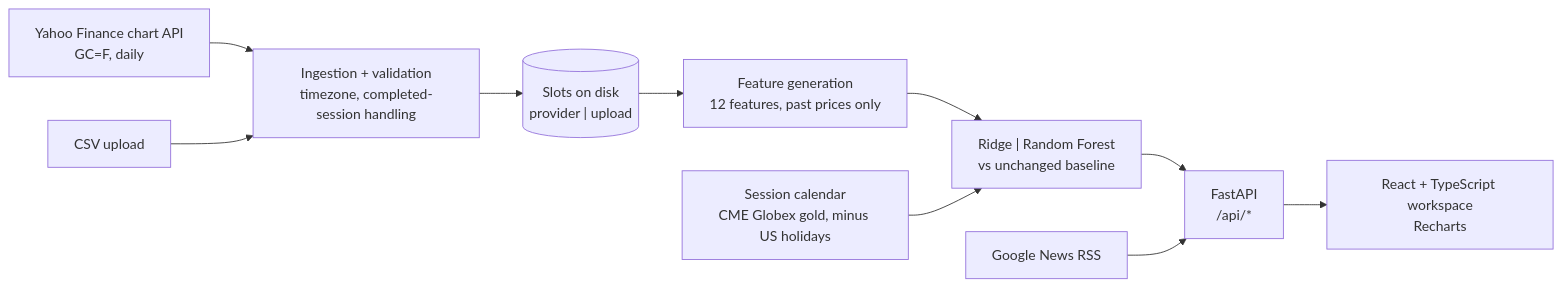
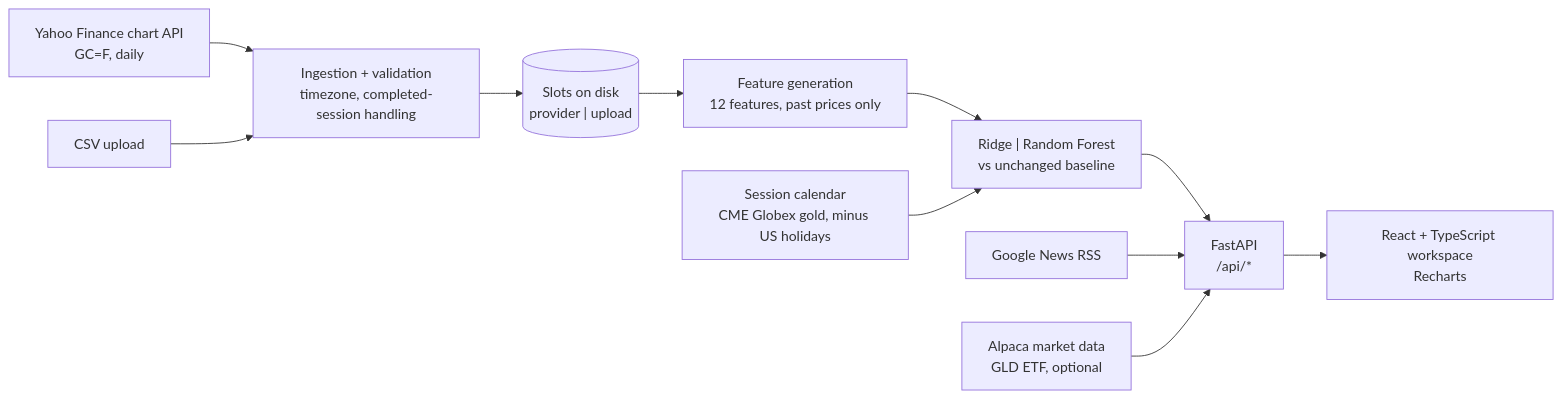
One commit to Martysunshine/ai-gold-forecast changed the diagram in README.md. Above: the diagram before and after it, drawn with Mermaid. The commit also changed other lines of this file and 15 other files, not shown here.

First line of the commit message:
Optional GLD ETF comparison via Alpaca market data (read-only)

````diff
--- a/README.md
+++ b/README.md
@@ -39,12 +50,13 @@
 ```mermaid
 flowchart LR
   Y["Yahoo Finance chart API<br/>GC=F, daily"] --> I["Ingestion + validation<br/>timezone, completed-session handling"]
   U["CSV upload"] --> I
   I --> C[("Slots on disk<br/>provider | upload")]
   C --> F["Feature generation<br/>12 features, past prices only"]
   F --> M["Ridge | Random Forest<br/>vs unchanged baseline"]
   S["Session calendar<br/>CME Globex gold, minus US holidays"] --> M
   M --> A["FastAPI<br/>/api/*"]
   N["Google News RSS"] --> A
+  G["Alpaca market data<br/>GLD ETF, optional"] --> A
   A --> W["React + TypeScript workspace<br/>Recharts"]
 ```
````
